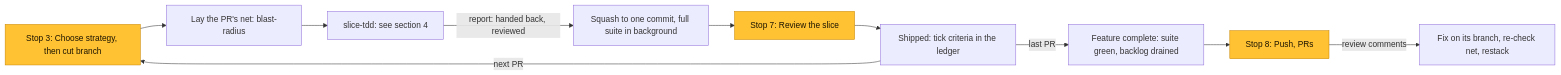
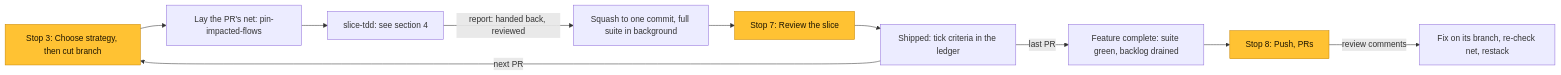
The fourth of 6 diagrams in docs/workflow.md (josephgee/agent-tools), drawn with Mermaid before and after one commit. The commit also changed other lines of this file and 6 other files, not shown here.

First line of the commit message:
pin-impacted-flows: rename from blast-radius, run in a subagent

````diff
--- a/docs/workflow.md
+++ b/docs/workflow.md
@@ -65,14 +65,14 @@
 ```mermaid
 flowchart LR
-  choose["Stop 3: Choose strategy, then cut branch"]:::you --> lay["Lay the PR's net: blast-radius"]
+  choose["Stop 3: Choose strategy, then cut branch"]:::you --> lay["Lay the PR's net: pin-impacted-flows"]
   lay --> tdd["slice-tdd: see section 4"]
   tdd -->|report: handed back, reviewed| squash["Squash to one commit, full suite in background"]
   squash --> review["Stop 7: Review the slice"]:::you
   review --> shipped["Shipped: tick criteria in the ledger"]
   shipped -->|next PR| choose
   shipped -->|last PR| complete["Feature complete: suite green, backlog drained"]
   complete --> push["Stop 8: Push, PRs"]:::you
   push -->|review comments| fix["Fix on its branch, re-check net, restack"]
 
   classDef you fill:#ffc233,stroke:#c98600,color:#1d1500
 ```
````
